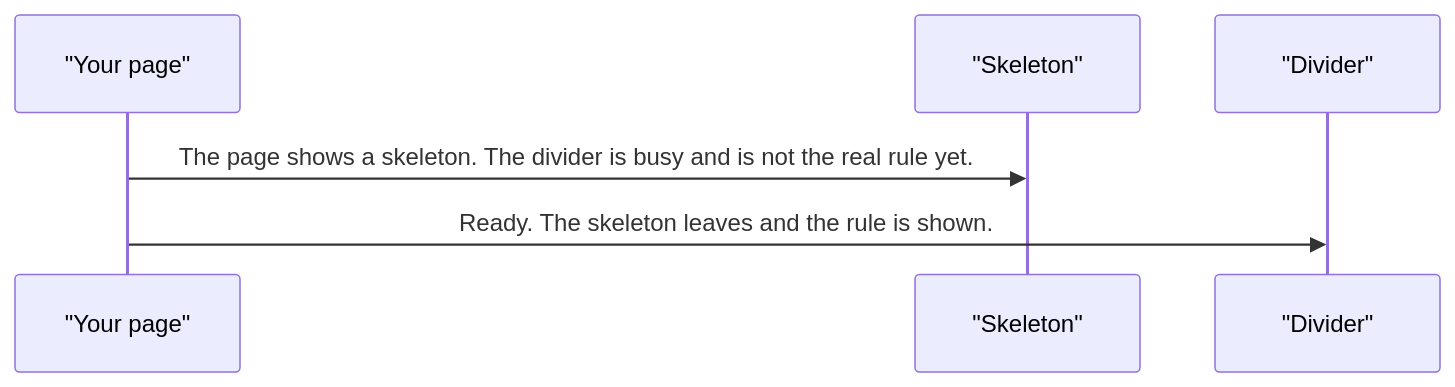
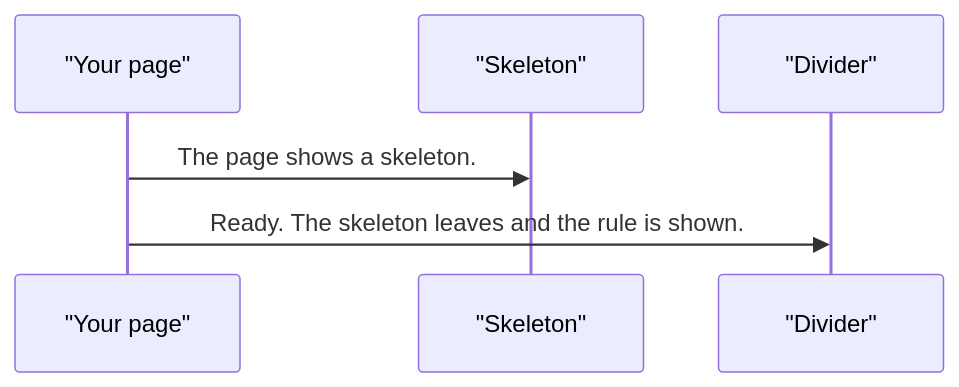
Before and after one commit to RajshekharBorate/pixel-ui: the fourth of 4 diagrams in projects/pixel-ui/src/lib/pixel-divider/DESIGN.md, drawn with Mermaid. The commit also changed other lines of this file and 80 other files, not shown here.

Commit message:
Fill missing design flows and correct the stories that did not match component behavior.

````diff
--- a/projects/pixel-ui/src/lib/pixel-divider/DESIGN.md
+++ b/projects/pixel-ui/src/lib/pixel-divider/DESIGN.md
@@ -71,8 +71,8 @@
 ```mermaid
 sequenceDiagram
   participant page as "Your page"
   participant skeleton as "Skeleton"
   participant line as "Divider"
-  page->>skeleton: The page shows a skeleton. The divider is busy and is not the real rule yet.
+  page->>skeleton: The page shows a skeleton.
   page->>line: Ready. The skeleton leaves and the rule is shown.
 ```
````
